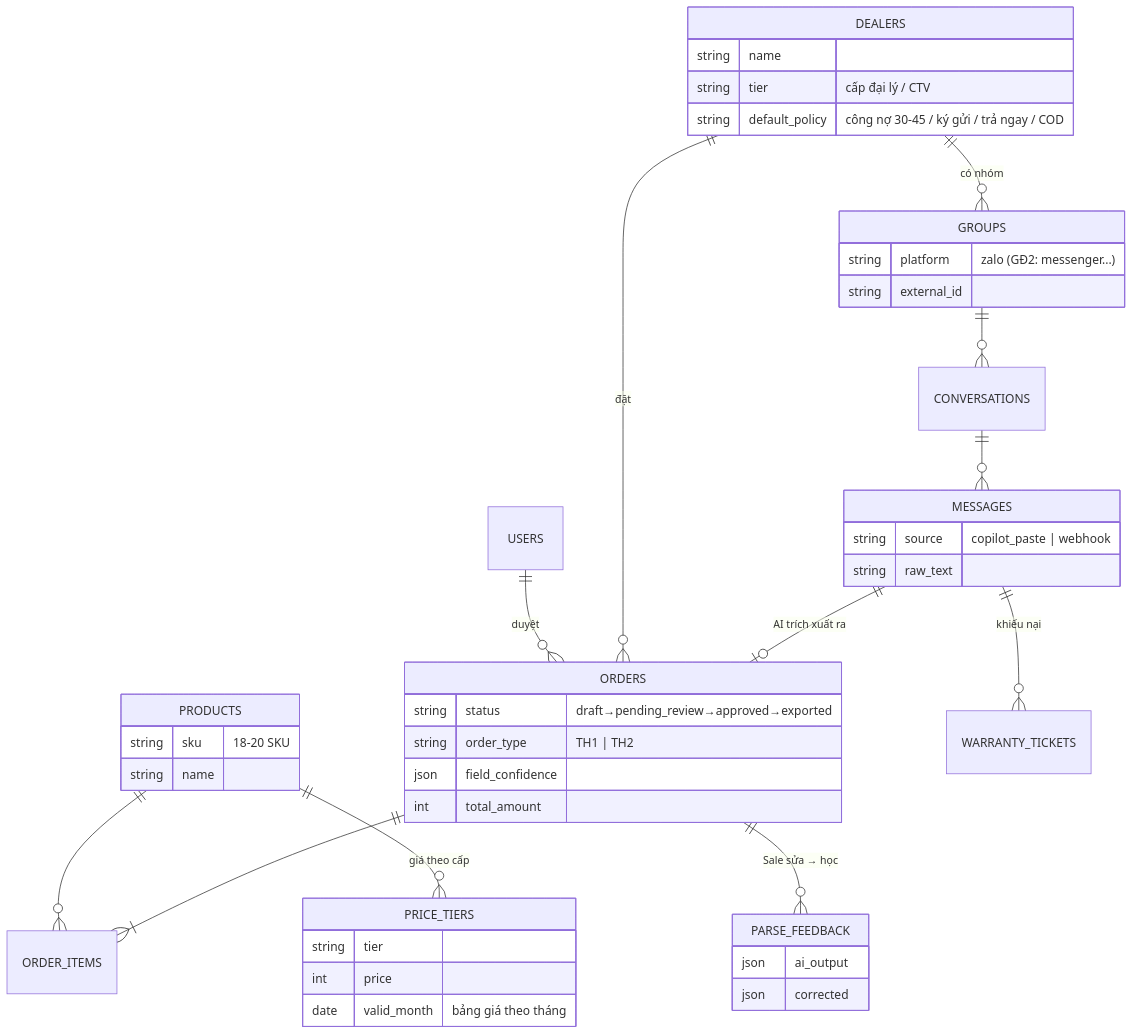
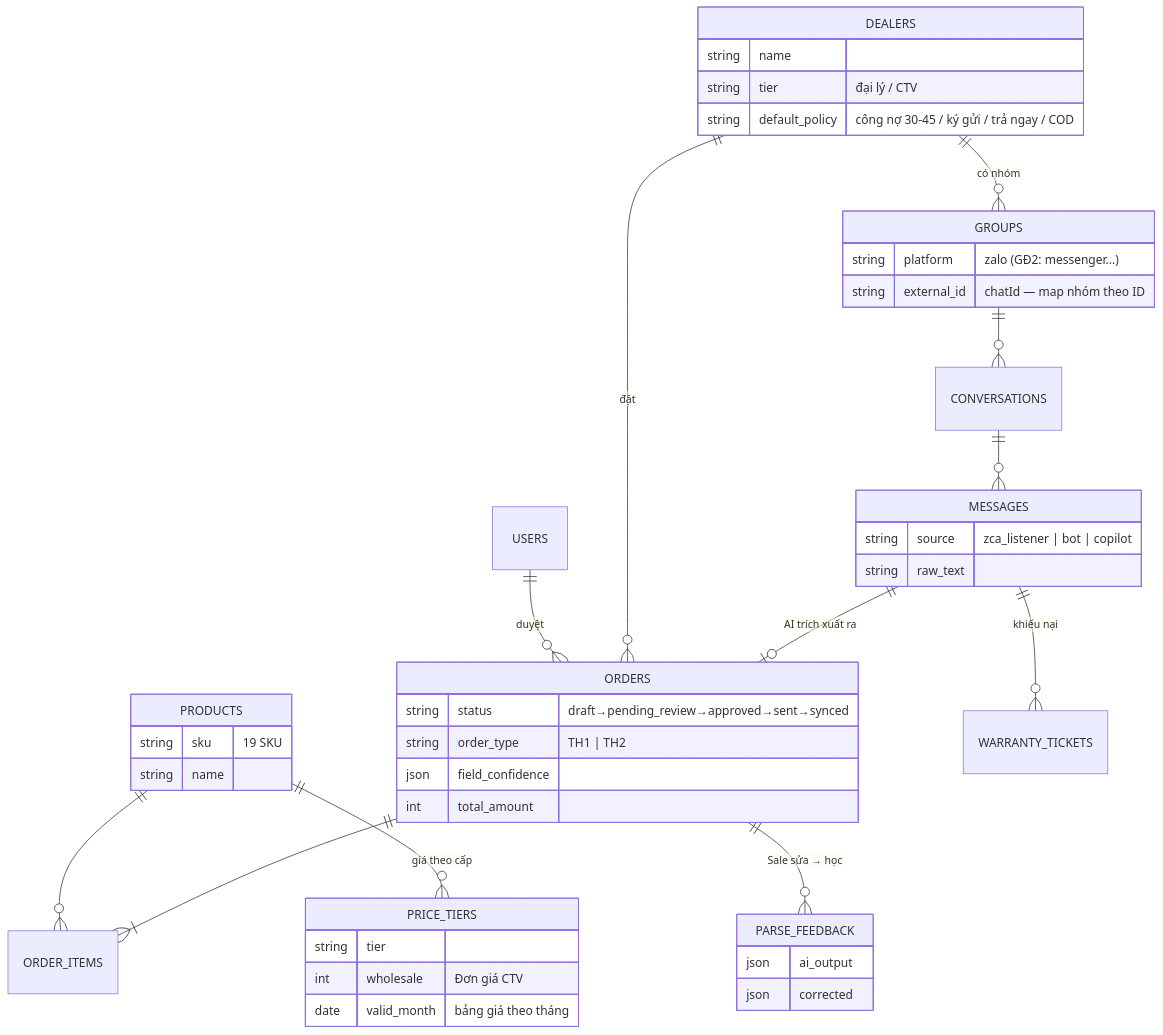
One commit to phungtienviet14-sketch/nexagnet-platform changed the sixth of 8 diagrams in docs/so-do-he-thong.md. Above: the diagram before and after it, drawn with Mermaid. The commit also changed other lines of this file and 8 other files, not shown here.

````diff
--- a/docs/so-do-he-thong.md
+++ b/docs/so-do-he-thong.md
@@ -190,47 +194,47 @@
 ```mermaid
 erDiagram
     DEALERS ||--o{ GROUPS : "có nhóm"
     GROUPS ||--o{ CONVERSATIONS : ""
     CONVERSATIONS ||--o{ MESSAGES : ""
     MESSAGES ||--o| ORDERS : "AI trích xuất ra"
     ORDERS ||--|{ ORDER_ITEMS : ""
     PRODUCTS ||--o{ ORDER_ITEMS : ""
     PRODUCTS ||--o{ PRICE_TIERS : "giá theo cấp"
     DEALERS ||--o{ ORDERS : "đặt"
     ORDERS ||--o{ PARSE_FEEDBACK : "Sale sửa → học"
     USERS ||--o{ ORDERS : "duyệt"
     MESSAGES ||--o{ WARRANTY_TICKETS : "khiếu nại"
 
     DEALERS {
         string name
-        string tier "cấp đại lý / CTV"
+        string tier "đại lý / CTV"
         string default_policy "công nợ 30-45 / ký gửi / trả ngay / COD"
     }
     GROUPS {
         string platform "zalo (GĐ2: messenger...)"
-        string external_id
+        string external_id "chatId — map nhóm theo ID"
     }
     MESSAGES {
-        string source "copilot_paste | webhook"
+        string source "zca_listener | bot | copilot"
         string raw_text
     }
     ORDERS {
-        string status "draft→pending_review→approved→exported"
+        string status "draft→pending_review→approved→sent→synced"
         string order_type "TH1 | TH2"
         json field_confidence
         int total_amount
     }
     PRODUCTS {
-        string sku "18-20 SKU"
+        string sku "19 SKU"
         string name
     }
     PRICE_TIERS {
         string tier
-        int price
+        int wholesale "Đơn giá CTV"
         date valid_month "bảng giá theo tháng"
     }
     PARSE_FEEDBACK {
         json ai_output
         json corrected
     }
 ```
````
